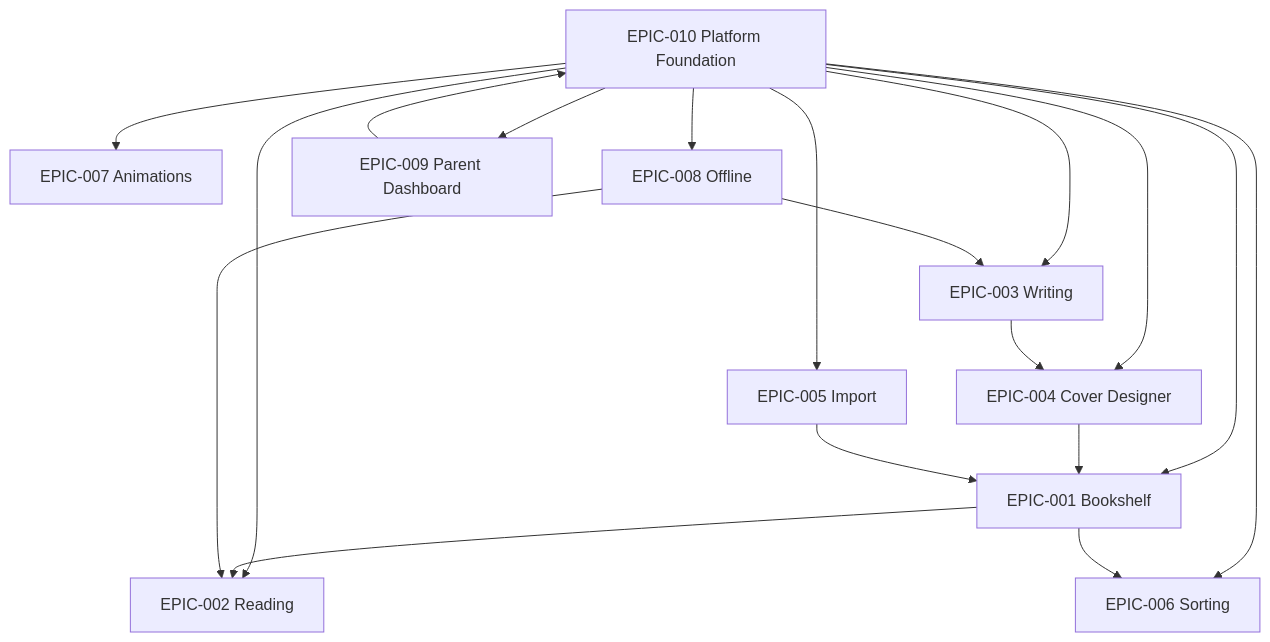
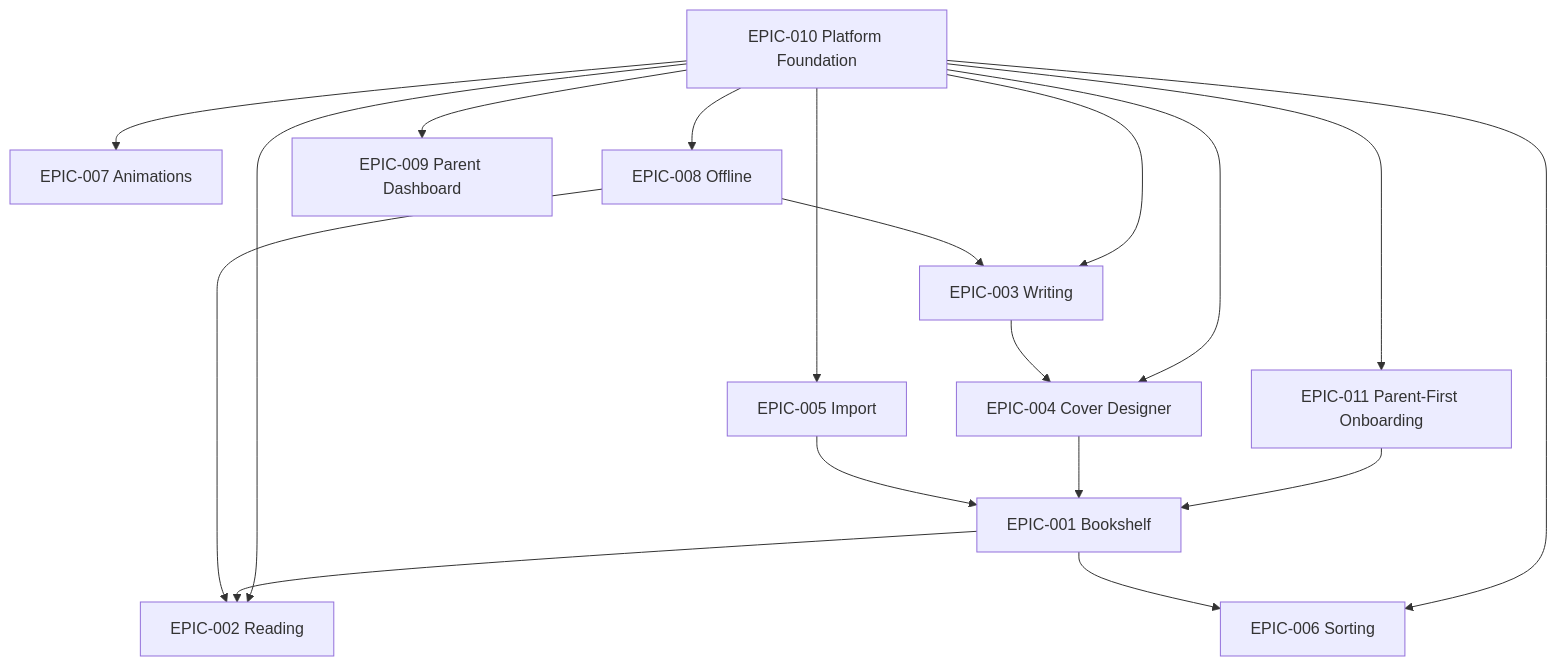
One commit to dgofreitas/Contopia changed the diagram in docs/epics/EPICS-SUMMARY.md. Above: the diagram before and after it, drawn with Mermaid. The commit also changed other lines of this file and 16 other files, not shown here.

````diff
--- a/docs/epics/EPICS-SUMMARY.md
+++ b/docs/epics/EPICS-SUMMARY.md
@@ -26,23 +27,24 @@
 ```mermaid
 graph TD
-    EP10[EPIC-010 Platform Foundation] --> EP01[EPIC-001 Bookshelf]
+    EP10[EPIC-010 Platform Foundation] --> EP11[EPIC-011 Parent-First Onboarding]
+    EP11 --> EP01[EPIC-001 Bookshelf]
+
     EP10 --> EP02[EPIC-002 Reading]
     EP10 --> EP03[EPIC-003 Writing]
     EP10 --> EP04[EPIC-004 Cover Designer]
     EP10 --> EP07[EPIC-007 Animations]
     EP10 --> EP06[EPIC-006 Sorting]
 
     EP01 --> EP02
     EP01 --> EP06
     EP03 --> EP04
     EP04 --> EP01
 
     EP10 --> EP05[EPIC-005 Import]
     EP10 --> EP08[EPIC-008 Offline]
     EP10 --> EP09[EPIC-009 Parent Dashboard]
 
     EP05 --> EP01
     EP08 --> EP02
     EP08 --> EP03
-    EP09 --> EP10
 ```
````
